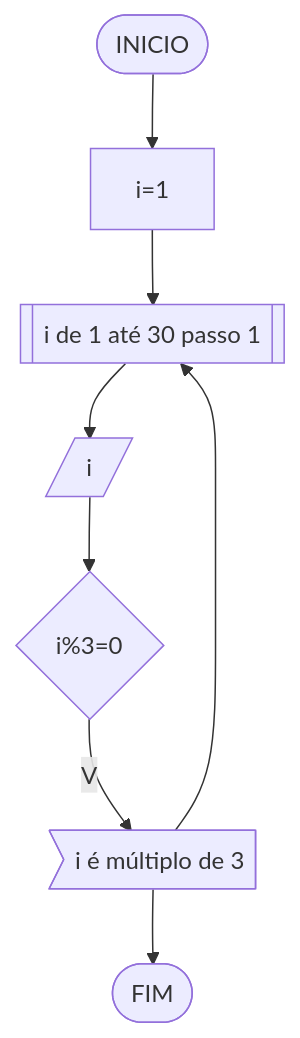
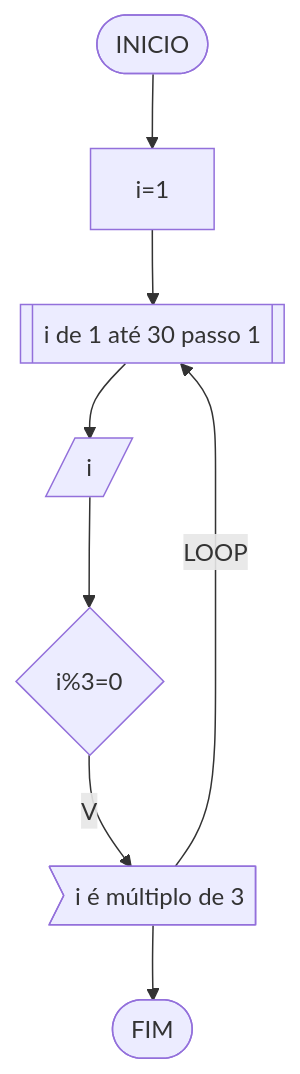
Before and after one commit to angelomendonca0601/unifor: the second of 4 diagrams in RLA/lista3.md, drawn with Mermaid.

````diff
--- a/RLA/lista3.md
+++ b/RLA/lista3.md
@@ -53,10 +53,10 @@
 ```mermaid
 flowchart TD
 id1([INICIO]) --> id2[i=1]
 id2 --> id3[[i de 1 até 30 passo 1]]
 id3 --> id4[/i/] 
 id4 --> id5{i%3=0}
 id5 -- V --> id6>i é múltiplo de 3]
-id6 -->id3
+id6 -- LOOP-->id3
 id6 -->id([FIM])
 ```
````
